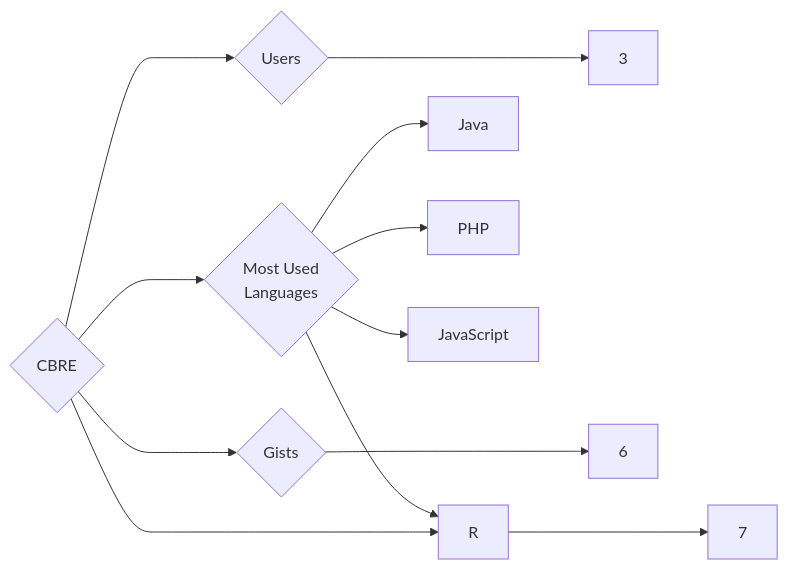
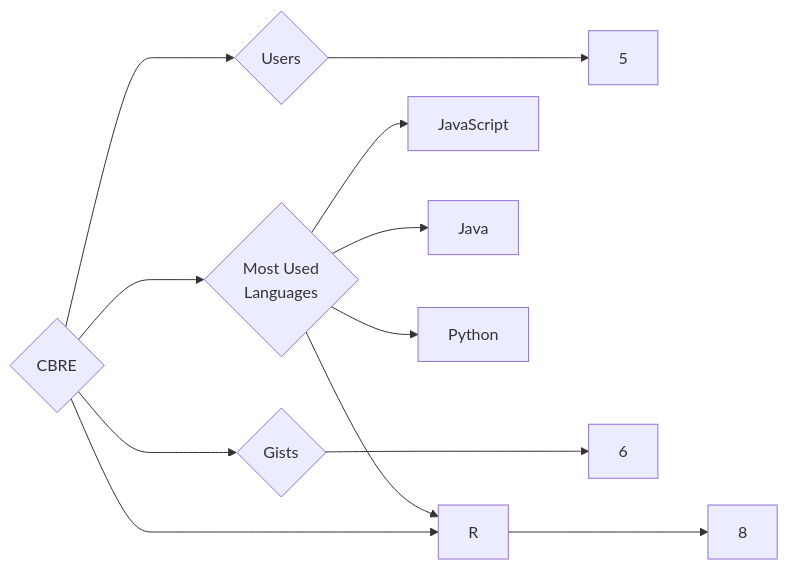
One commit to trickest/insiders changed the diagram in targets/CBRE/README.md. Above: the diagram before and after it, drawn with Mermaid. The commit also changed 1055 other files, not shown here.

````diff
--- a/targets/CBRE/README.md
+++ b/targets/CBRE/README.md
@@ -3,12 +3,12 @@
 ```mermaid
 graph LR
 COMPANY_NAME{CBRE}
-COMPANY_NAME ---> U{Users} ---> UN[3]
-COMPANY_NAME ---> R{Repositories} ---> RN[7]
+COMPANY_NAME ---> U{Users} ---> UN[5]
+COMPANY_NAME ---> R{Repositories} ---> RN[8]
 COMPANY_NAME ---> G{Gists} ---> GN[6]
 COMPANY_NAME ---> ML{Most Used<br>Languages}
+ML --> JavaScript[JavaScript]
 ML --> Java[Java]
 ML --> R[R]
-ML --> PHP[PHP]
-ML --> JavaScript[JavaScript]
+ML --> Python[Python]
 ```
````
